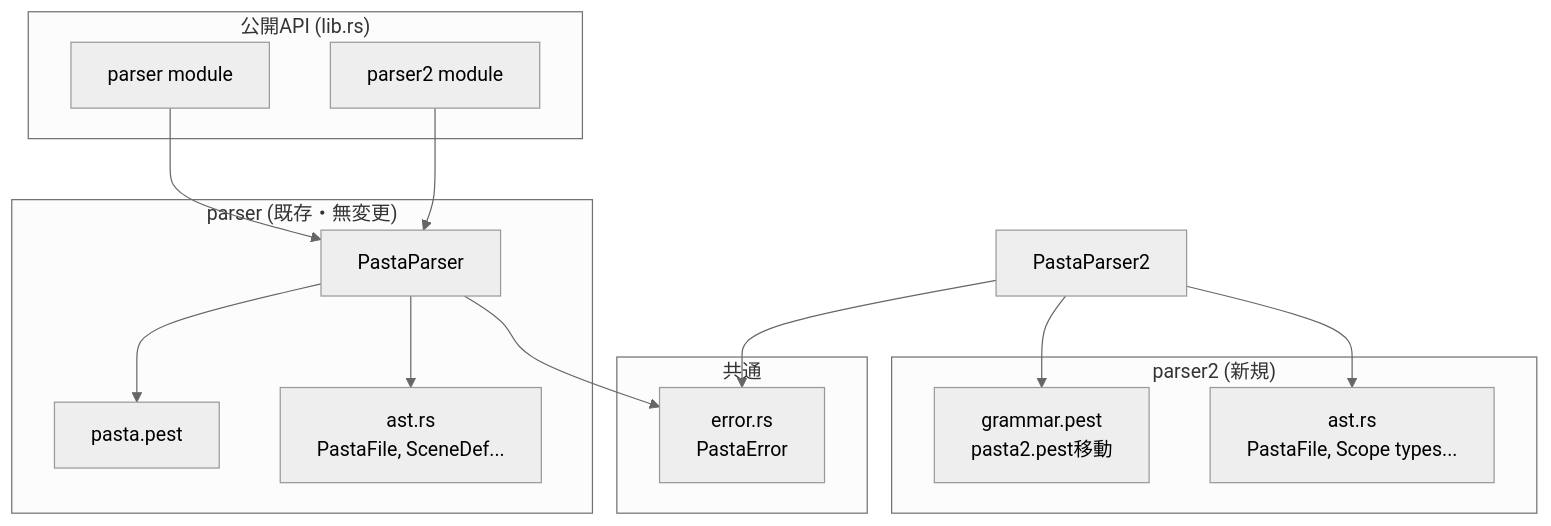
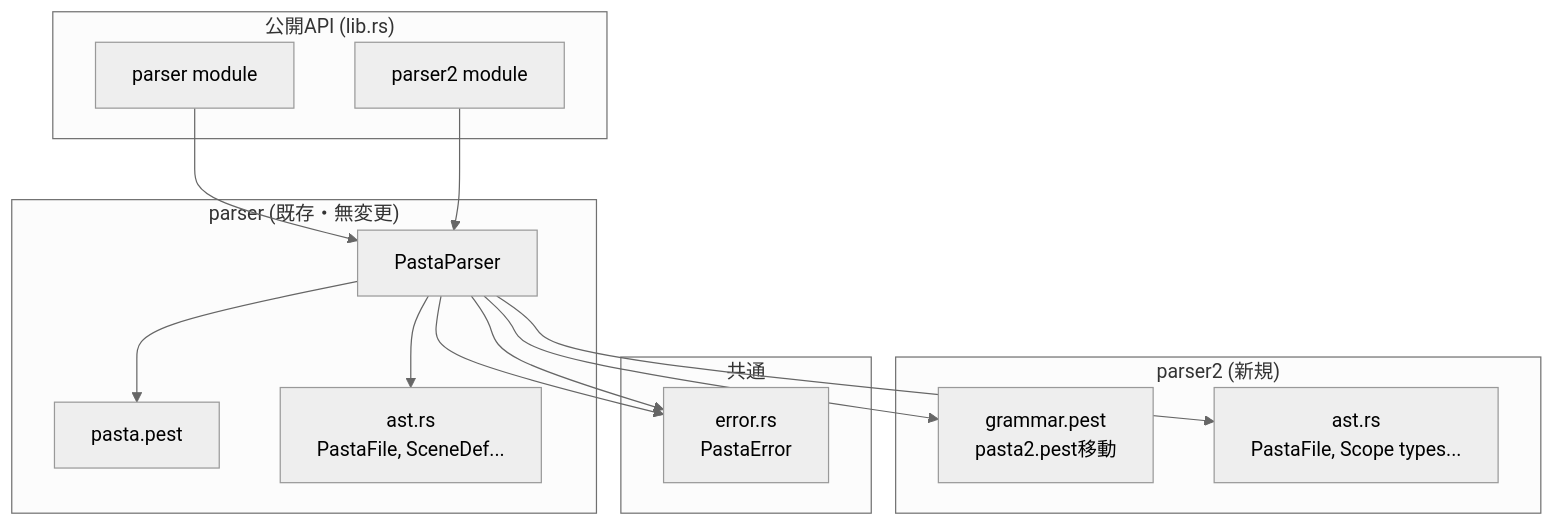
Before and after one commit to ekicyou/pasta: the first of 4 diagrams in .kiro/specs/parser2-pest-migration/design.md, drawn with Mermaid (neutral theme). The commit also changed other lines of this file, not shown here.

First line of the commit message:
fix(parser2): Unify PastaParser2 → PastaParser in design.md

````diff
--- a/.kiro/specs/parser2-pest-migration/design.md
+++ b/.kiro/specs/parser2-pest-migration/design.md
@@ -71,32 +71,32 @@
 ```mermaid
 graph TB
     subgraph "公開API (lib.rs)"
         LibParser[parser module]
         LibParser2[parser2 module]
     end
     
     subgraph "parser (既存・無変更)"
         PastaParser[PastaParser]
         PastaPest[pasta.pest]
         ParserAST[ast.rs<br/>PastaFile, SceneDef...]
     end
     
     subgraph "parser2 (新規)"
         PastaParser[PastaParser]
         GrammarPest[grammar.pest<br/>pasta2.pest移動]
         Parser2AST[ast.rs<br/>PastaFile, Scope types...]
     end
     
     subgraph "共通"
         ErrorMod[error.rs<br/>PastaError]
     end
     
     LibParser --> PastaParser
     LibParser2 --> PastaParser
     PastaParser --> PastaPest
-    PastaParser2 --> GrammarPest
+    PastaParser --> GrammarPest
     PastaParser --> ParserAST
-    PastaParser2 --> Parser2AST
-    PastaParser2 --> ErrorMod
+    PastaParser --> Parser2AST
+    PastaParser --> ErrorMod
     PastaParser --> ErrorMod
 ```
````
